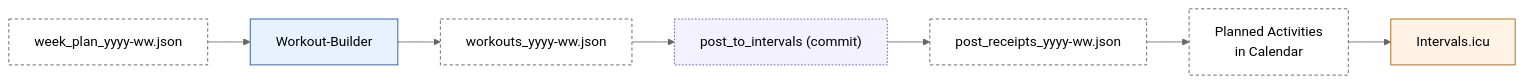
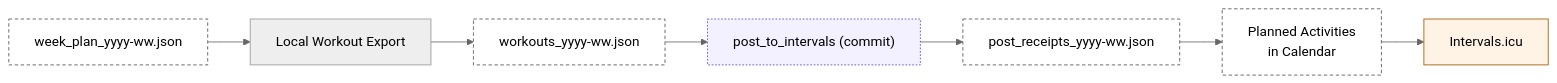
Before and after one commit to albauer-priv/RPS: the sixth of 9 diagrams in doc/overview/artefact_flow.md, drawn with Mermaid (neutral theme). The commit also changed other lines of this file and 15 other files, not shown here.

Commit message:
refactor: remove legacy workout builder agent

````diff
--- a/doc/overview/artefact_flow.md
+++ b/doc/overview/artefact_flow.md
@@ -316,11 +316,11 @@
 ```mermaid
 flowchart LR
-  WP["week_plan_yyyy-ww.json"]:::artefact --> WB["Workout-Builder"]:::agent
+  WP["week_plan_yyyy-ww.json"]:::artefact --> WB["Local Workout Export"]:::component
   WB --> WJ["workouts_yyyy-ww.json"]:::artefact --> POST["post_to_intervals (commit)"]:::script
   POST --> RCPT["post_receipts_yyyy-ww.json"]:::artefact --> CAL["Planned Activities<br/>in Calendar"]:::artefact --> I["Intervals.icu"]:::external
 
   classDef agent fill:#e8f2ff,stroke:#1f4b99,stroke-width:1px;
   classDef external fill:#fff3e6,stroke:#a35b00,stroke-width:1px;
   classDef artefact fill:#ffffff,stroke:#555,stroke-dasharray: 4 3,stroke-width:1px;
   classDef script fill:#f3f0ff,stroke:#5b4db8,stroke-width:1px,stroke-dasharray: 2 2;
 ```
````
